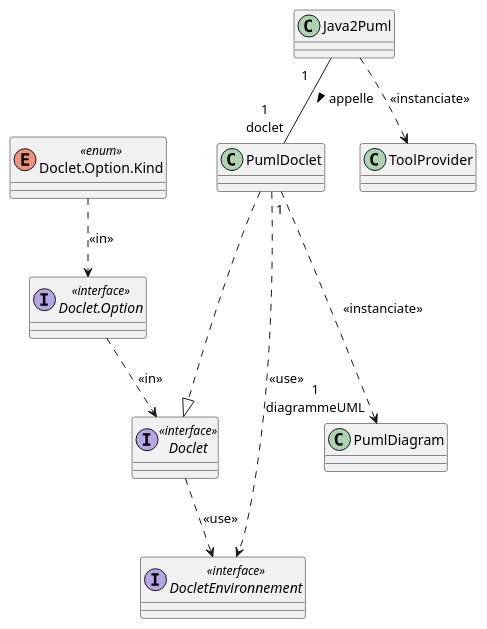
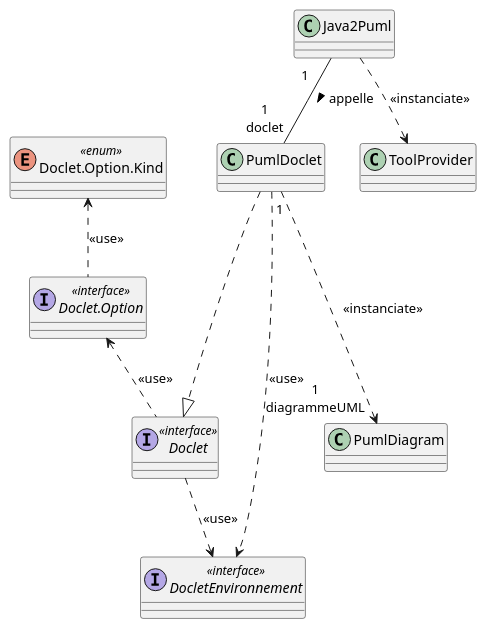
The diagram in uml/Doclets_DCA.puml (karimelkaid/PumlFromJava), drawn with PlantUML before and after one commit. The commit also changed 21 other files, not shown here.

```diff
--- a/uml/Doclets_DCA.puml
+++ b/uml/Doclets_DCA.puml
@@ -1,31 +1,31 @@
 @startuml
 'https://plantuml.com/class-diagram
 
 class PumlDoclet
 class ToolProvider
 
 
 class Java2Puml
 
 class PumlDiagram
 
 interface Doclet <<interface>>
 interface "Doclet.Option" as docletOption <<interface>>
 enum "Doclet.Option.Kind" as docletOptionKind <<enum>>
 
 interface DocletEnvironnement <<interface>>
 
 Java2Puml ..> ToolProvider : <<instanciate>>
 
 PumlDoclet ..> DocletEnvironnement : <<use>>
 Doclet ..> DocletEnvironnement : <<use>>
-docletOption ..> Doclet : <<in>>
-docletOptionKind ..> docletOption : <<in>>
+docletOption <.. Doclet : <<use>>
+docletOptionKind <.. docletOption : <<use>>
 
 PumlDoclet ...|> Doclet
 Java2Puml " 1\t" -- "1\ndoclet" PumlDoclet : appelle >
 PumlDoclet  " 1" ...> "1\ndiagrammeUML" PumlDiagram : <<instanciate>>
 
 
 
 @enduml
```
